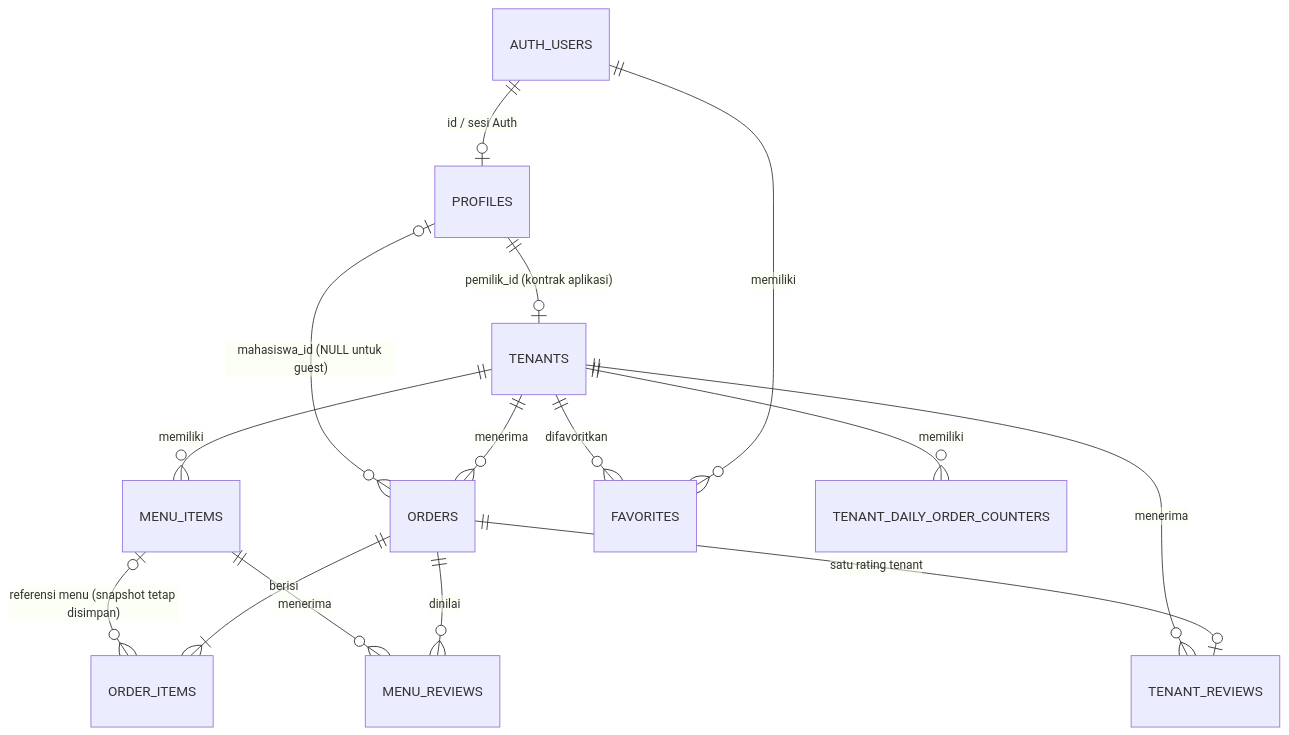
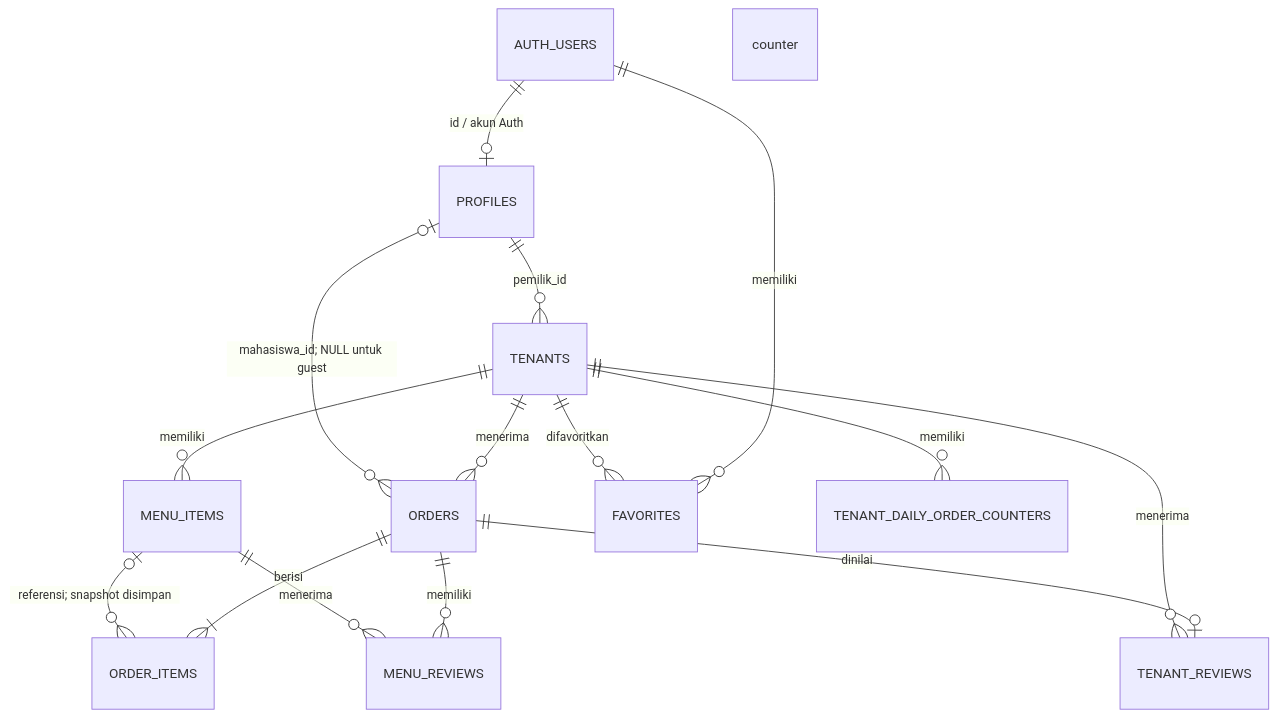
Before and after one commit to nandayudhistirawibowo/SiKantin: the diagram in DATABASE.md, drawn with Mermaid. The commit also changed other lines of this file and 3 other files, not shown here.

Commit message:
Dokumentasi lengkap: PRD, Flowchart, Database, dan Presentasi

````diff
--- a/DATABASE.md
+++ b/DATABASE.md
@@ -153,17 +188,17 @@
 ```mermaid
 erDiagram
-    AUTH_USERS ||--o| PROFILES : "id / sesi Auth"
-    PROFILES ||--o| TENANTS : "pemilik_id (kontrak aplikasi)"
+    AUTH_USERS ||--o| PROFILES : "id / akun Auth"
+    PROFILES ||--o{ TENANTS : "pemilik_id"
     TENANTS ||--o{ MENU_ITEMS : memiliki
     TENANTS ||--o{ ORDERS : menerima
-    PROFILES o|--o{ ORDERS : "mahasiswa_id (NULL untuk guest)"
+    PROFILES o|--o{ ORDERS : "mahasiswa_id; NULL untuk guest"
     ORDERS ||--|{ ORDER_ITEMS : berisi
-    MENU_ITEMS o|--o{ ORDER_ITEMS : "referensi menu (snapshot tetap disimpan)"
+    MENU_ITEMS o|--o{ ORDER_ITEMS : "referensi; snapshot disimpan"
     AUTH_USERS ||--o{ FAVORITES : memiliki
     TENANTS ||--o{ FAVORITES : difavoritkan
-    ORDERS ||--o{ MENU_REVIEWS : dinilai
+    ORDERS ||--o| TENANT_REVIEWS : dinilai
+    TENANTS ||--o{ TENANT_REVIEWS : menerima
+    ORDERS ||--o{ MENU_REVIEWS : memiliki
     MENU_ITEMS ||--o{ MENU_REVIEWS : menerima
-    ORDERS ||--o| TENANT_REVIEWS : "satu rating tenant"
-    TENANTS ||--o{ TENANT_REVIEWS : menerima
-    TENANTS ||--o{ TENANT_DAILY_ORDER_COUNTERS : memiliki
+    TENANTS ||--o{ TENANT_DAILY_ORDER_COUNTERS : memiliki counter
 ```
````
